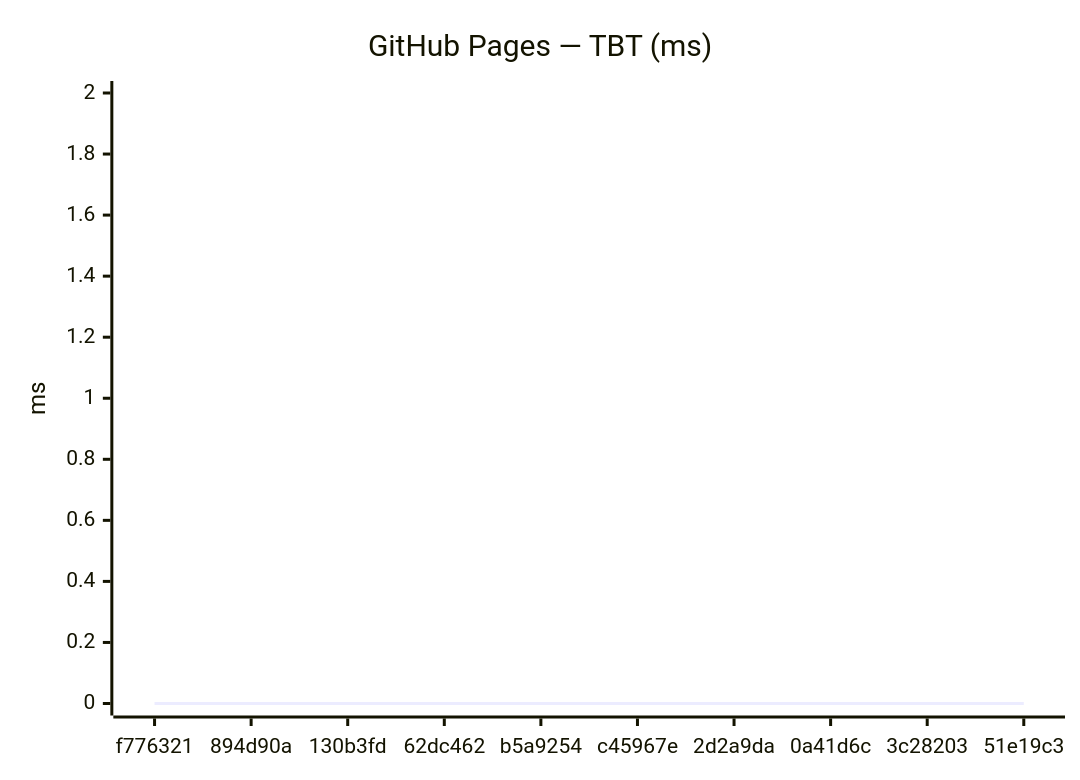
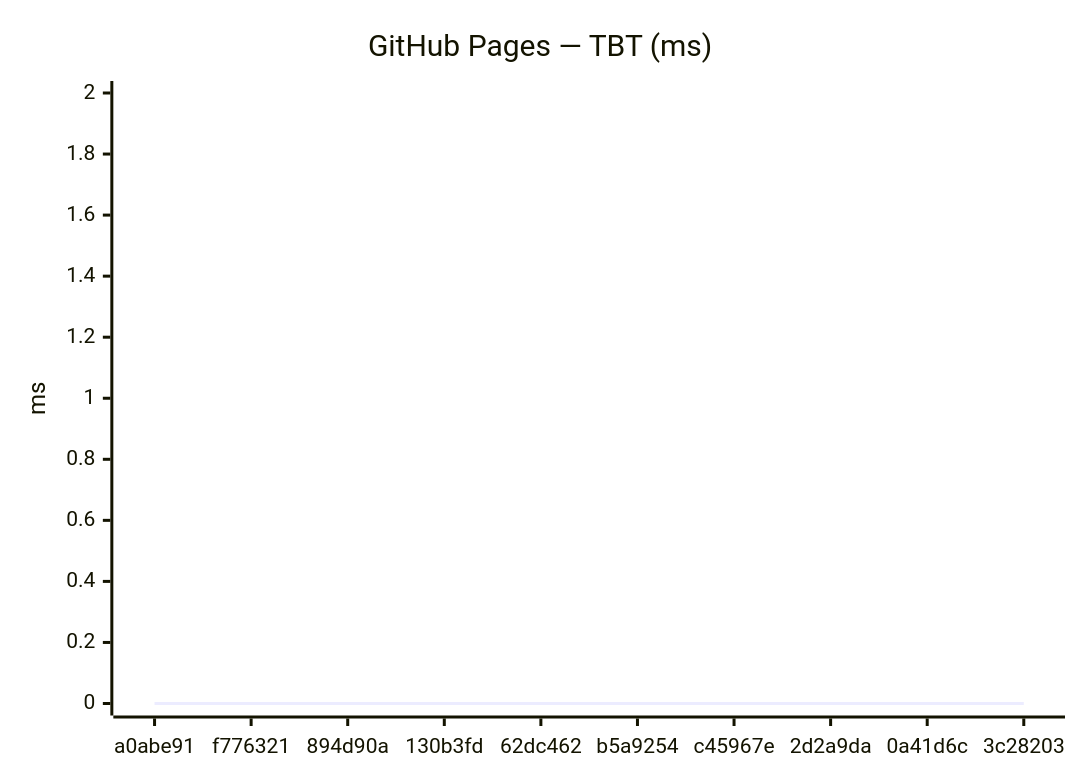
Before and after one commit to Metaheurist/Rianell: the fourth of 18 diagrams in benchmarks/compare.md, drawn with Mermaid. The commit also changed other lines of this file and 11 other files, not shown here.

````diff
--- a/benchmarks/compare.md
+++ b/benchmarks/compare.md
@@ -61,7 +61,7 @@
 ```mermaid
 xychart-beta
     title "GitHub Pages — TBT (ms)"
-    x-axis ["f776321", "894d90a", "130b3fd", "62dc462", "b5a9254", "c45967e", "2d2a9da", "0a41d6c", "3c28203", "51e19c3"]
+    x-axis ["a0abe91", "f776321", "894d90a", "130b3fd", "62dc462", "b5a9254", "c45967e", "2d2a9da", "0a41d6c", "3c28203"]
     y-axis "ms" 0 --> 2
     line [0, 0, 0, 0, 0, 0, 0, 0, 0, 0]
 ```
````
